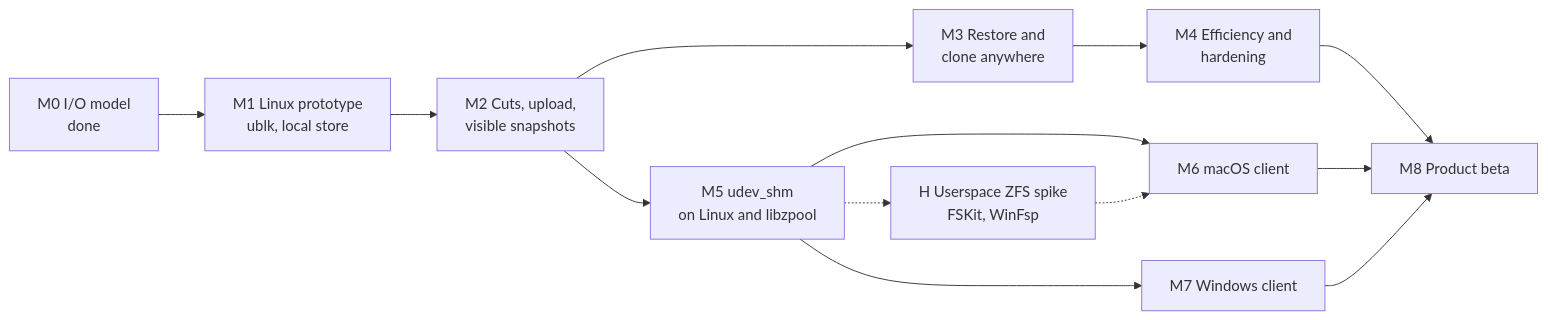
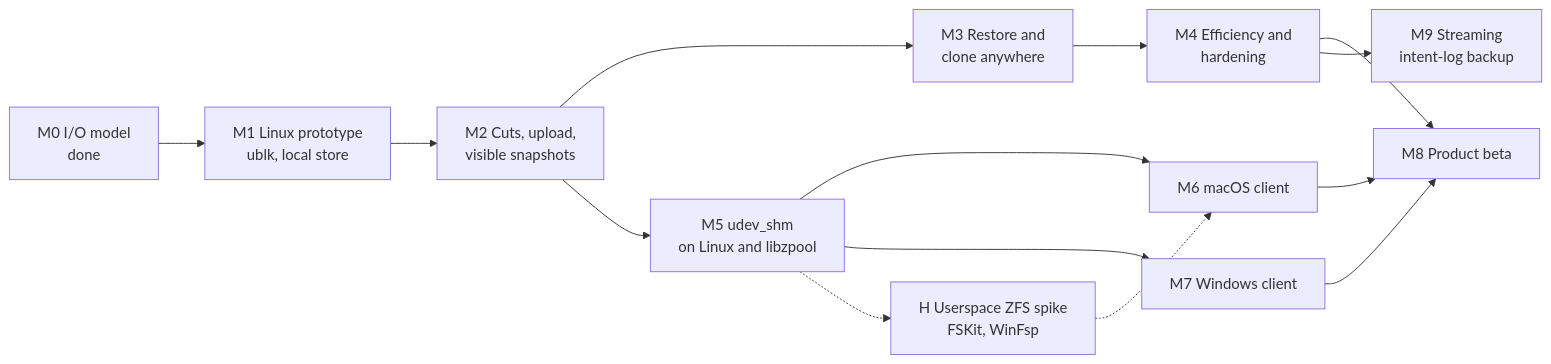
Before and after one commit to skyzfs/skyzfs: the fifth of 5 diagrams in docs/skyzfs-design.md, drawn with Mermaid. The commit also changed other lines of this file, not shown here.

First line of the commit message:
design: record three decisions and add streaming intent-log backup as M9

````diff
--- a/docs/skyzfs-design.md
+++ b/docs/skyzfs-design.md
@@ -321,15 +336,16 @@
 ```mermaid
 flowchart LR
   M0["M0 I/O model<br/>done"] --> M1["M1 Linux prototype<br/>ublk, local store"]
   M1 --> M2["M2 Cuts, upload,<br/>visible snapshots"]
   M2 --> M3["M3 Restore and<br/>clone anywhere"]
   M3 --> M4["M4 Efficiency and<br/>hardening"]
   M2 --> M5["M5 udev_shm<br/>on Linux and libzpool"]
   M5 --> M6["M6 macOS client"]
   M5 --> M7["M7 Windows client"]
   M4 --> M8["M8 Product beta"]
+  M4 --> M9["M9 Streaming<br/>intent-log backup"]
   M6 --> M8
   M7 --> M8
   M5 -.-> H["H Userspace ZFS spike<br/>FSKit, WinFsp"]
   H -.-> M6
 ```
````
